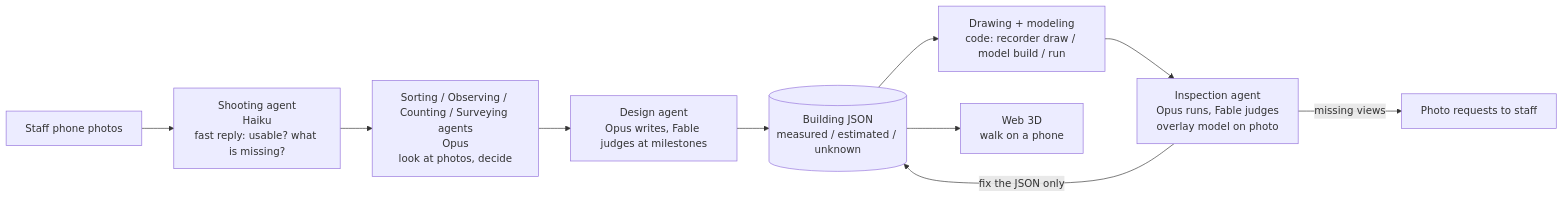
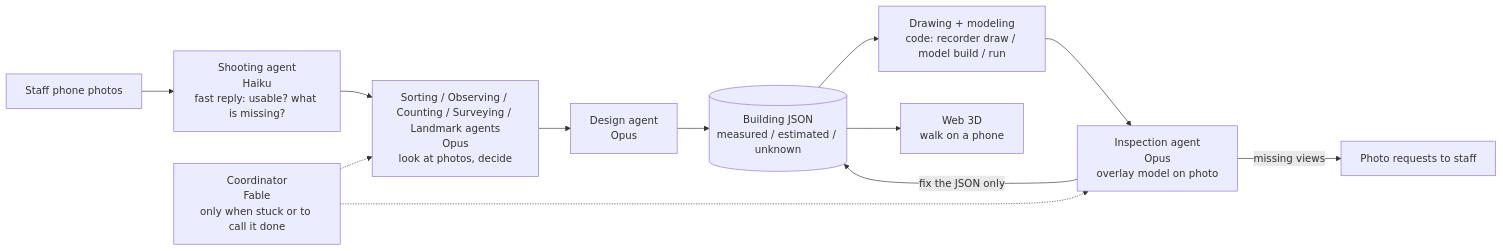
One commit to yuu737/campus-recorder changed the diagram in README.md. Above: the diagram before and after it, drawn with Mermaid. The commit also changed other lines of this file and 90 other files, not shown here.

````diff
--- a/README.md
+++ b/README.md
@@ -31,12 +35,14 @@
 ```mermaid
 flowchart LR
   P[Staff phone photos] --> S[Shooting agent<br/>Haiku<br/>fast reply: usable? what is missing?]
-  S --> O[Sorting / Observing / Counting / Surveying agents<br/>Opus<br/>look at photos, decide]
-  O --> D[Design agent<br/>Opus writes, Fable judges at milestones]
+  S --> O[Sorting / Observing / Counting / Surveying / Landmark agents<br/>Opus<br/>look at photos, decide]
+  O --> D[Design agent<br/>Opus]
   D --> J[(Building JSON<br/>measured / estimated / unknown)]
   J --> C[Drawing + modeling<br/>code: recorder draw / model build / run]
-  C --> K[Inspection agent<br/>Opus runs, Fable judges<br/>overlay model on photo]
+  C --> K[Inspection agent<br/>Opus<br/>overlay model on photo]
   K -->|fix the JSON only| J
   K -->|missing views| R[Photo requests to staff]
   J --> W[Web 3D<br/>walk on a phone]
+  X[Coordinator<br/>Fable<br/>only when stuck or to call it done] -.-> O
+  X -.-> K
 ```
````
